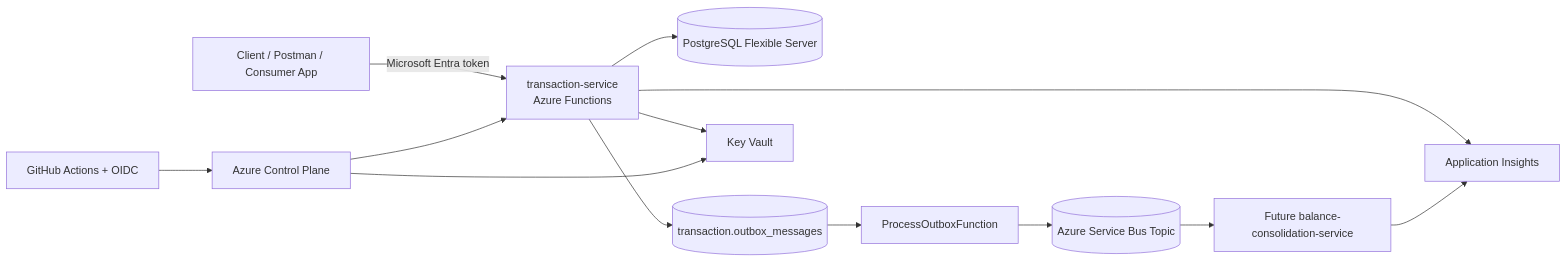
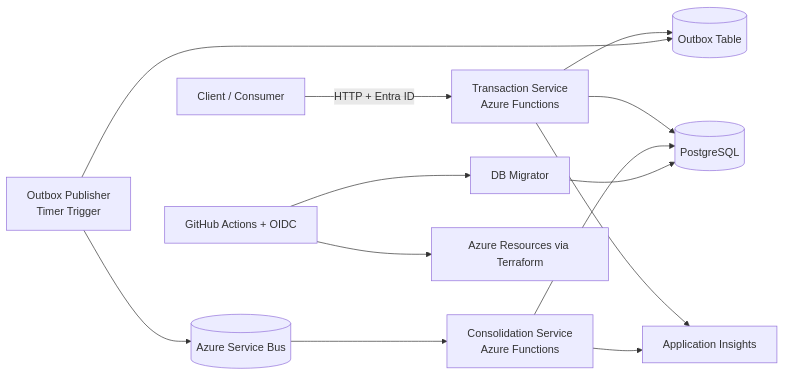
Before and after one commit to marcodevopsestudo-cpu/cashflow: the diagram in README.md, drawn with Mermaid. The commit also changed other lines of this file and 6 other files, not shown here.

````diff
--- a/README.md
+++ b/README.md
@@ -21,16 +93,18 @@
 ```mermaid
 flowchart LR
-    Client[Client / Postman / Consumer App] -->|Microsoft Entra token| TxApi[transaction-service
+    Client[Client / Consumer] -->|HTTP + Entra ID| Tx[Transaction Service
 Azure Functions]
-    TxApi --> Pg[(PostgreSQL Flexible Server)]
-    TxApi --> Outbox[(transaction.outbox_messages)]
-    TxApi --> Kv[Key Vault]
-    Outbox --> Timer[ProcessOutboxFunction]
-    Timer --> Sb[(Azure Service Bus Topic)]
-    Sb --> Future[Future balance-consolidation-service]
-    TxApi --> Ai[Application Insights]
-    Future --> Ai
-    GitHub[GitHub Actions + OIDC] --> Azure[Azure Control Plane]
-    Azure --> TxApi
-    Azure --> Kv
+    Tx --> Pg[(PostgreSQL)]
+    Tx --> Outbox[(Outbox Table)]
+    Tx --> Ai[Application Insights]
+    Timer[Outbox Publisher
+Timer Trigger] --> Outbox
+    Timer --> Sb[(Azure Service Bus)]
+    Sb --> Cons[Consolidation Service
+Azure Functions]
+    Cons --> Pg
+    Cons --> Ai
+    Github[GitHub Actions + OIDC] --> Migrator[DB Migrator]
+    Migrator --> Pg
+    Github --> Azure[Azure Resources via Terraform]
 ```
````
